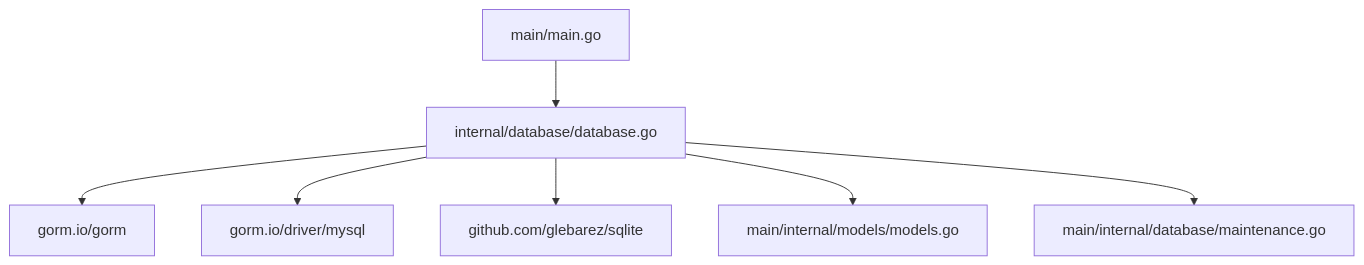
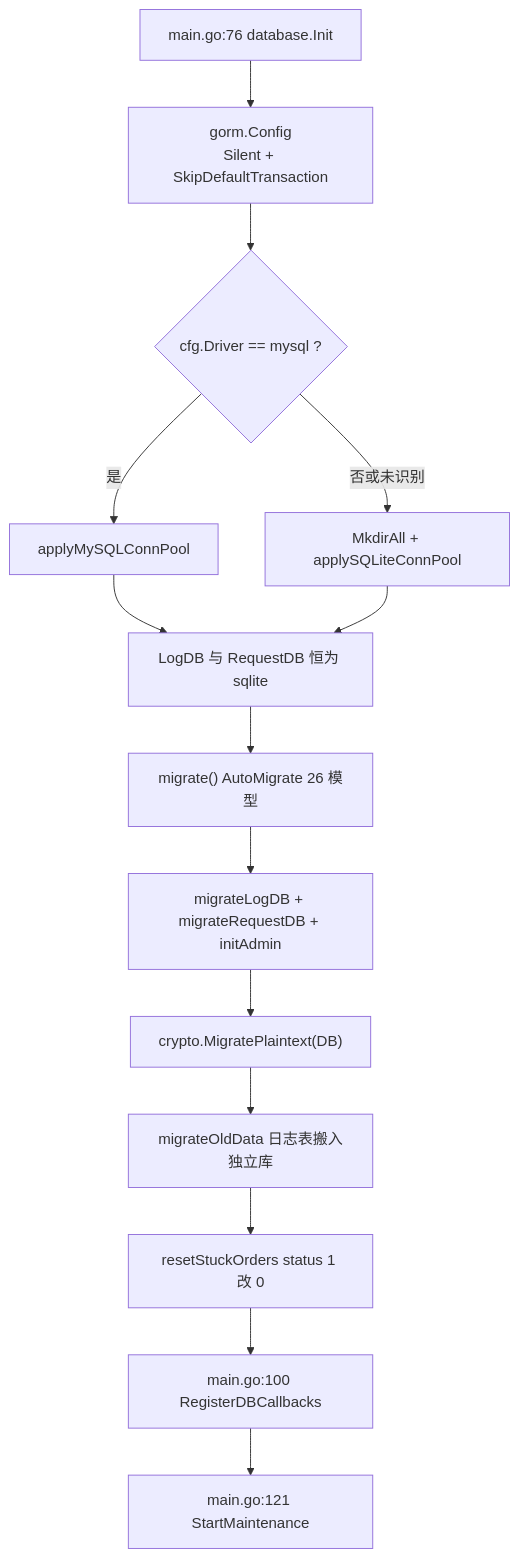
The first of 4 diagrams in docs/数据库设计.md (x01n/dnsplane), drawn with Mermaid before and after one commit. The commit also changed other lines of this file and 326 other files, not shown here.

````diff
--- a/docs/数据库设计.md
+++ b/docs/数据库设计.md
@@ -591,9 +101,16 @@
 ```mermaid
-graph TB
-M["main/main.go"] --> D["internal/database/database.go"]
-D --> G["gorm.io/gorm"]
-D --> MS["gorm.io/driver/mysql"]
-D --> GS["github.com/glebarez/sqlite"]
-D --> MD["main/internal/models/models.go"]
-D --> MA["main/internal/database/maintenance.go"]
+flowchart TD
+  A["main.go:76 database.Init"] --> B["gorm.Config<br/>Silent + SkipDefaultTransaction"]
+  B --> C{"cfg.Driver == mysql ?"}
+  C -->|"是"| D["applyMySQLConnPool"]
+  C -->|"否或未识别"| E["MkdirAll + applySQLiteConnPool"]
+  D --> F["LogDB 与 RequestDB 恒为 sqlite"]
+  E --> F
+  F --> G["migrate() AutoMigrate 26 模型"]
+  G --> H["migrateLogDB + migrateRequestDB + initAdmin"]
+  H --> I["crypto.MigratePlaintext(DB)"]
+  I --> J["migrateOldData 日志表搬入独立库"]
+  J --> K["resetStuckOrders status 1 改 0"]
+  K --> L["main.go:100 RegisterDBCallbacks"]
+  L --> M["main.go:121 StartMaintenance"]
 ```
````
